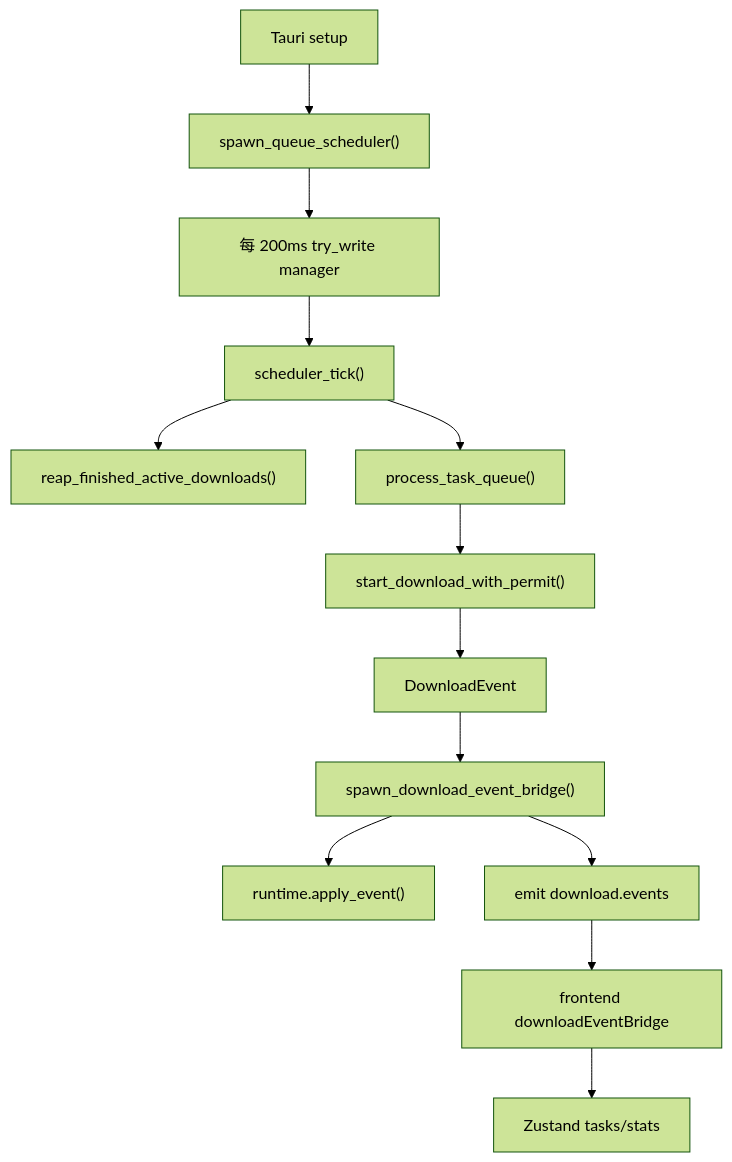
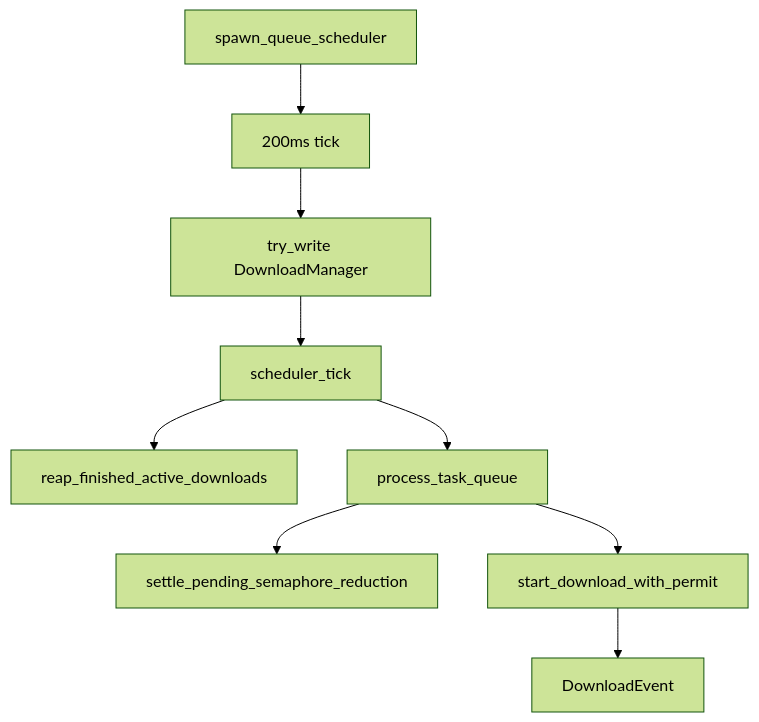
One commit to seaworld008/tauri-video-batch-downloader changed the third of 4 diagrams in docs/large-codebase-ai-handoff-analysis-2026-05-06.md. Above: the diagram before and after it, drawn with Mermaid (forest theme). The commit also changed other lines of this file and 48 other files, not shown here.

````diff
--- a/docs/large-codebase-ai-handoff-analysis-2026-05-06.md
+++ b/docs/large-codebase-ai-handoff-analysis-2026-05-06.md
@@ -212,15 +337,11 @@
 ```mermaid
 flowchart TD
-  A["Tauri setup"] --> B["spawn_queue_scheduler()"]
-  B --> C["每 200ms try_write manager"]
-  C --> D["scheduler_tick()"]
-  D --> E["reap_finished_active_downloads()"]
-  D --> F["process_task_queue()"]
-  F --> G["start_download_with_permit()"]
-  G --> H["DownloadEvent"]
-  H --> I["spawn_download_event_bridge()"]
-  I --> J["runtime.apply_event()"]
-  I --> K["emit download.events"]
-  K --> L["frontend downloadEventBridge"]
-  L --> M["Zustand tasks/stats"]
+  A["spawn_queue_scheduler"] --> B["200ms tick"]
+  B --> C["try_write DownloadManager"]
+  C --> D["scheduler_tick"]
+  D --> E["reap_finished_active_downloads"]
+  D --> F["process_task_queue"]
+  F --> G["settle_pending_semaphore_reduction"]
+  F --> H["start_download_with_permit"]
+  H --> I["DownloadEvent"]
 ```
````
